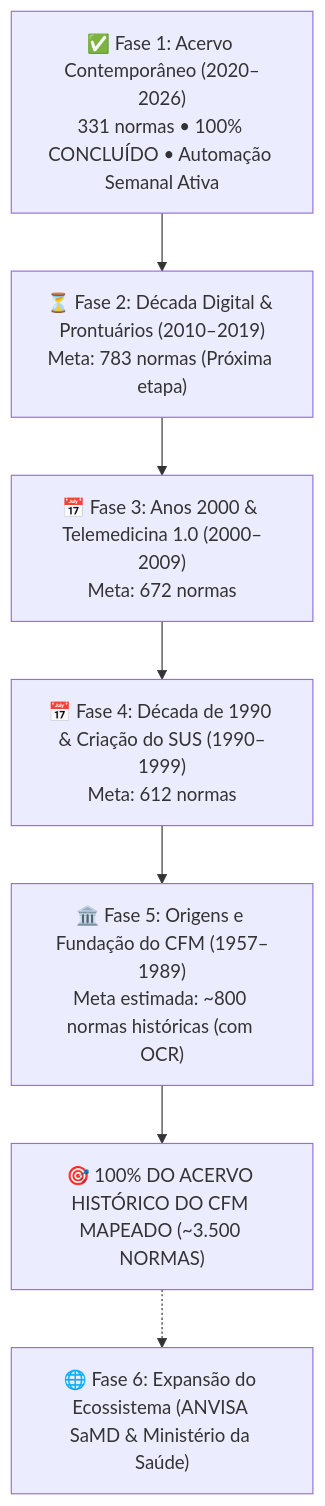
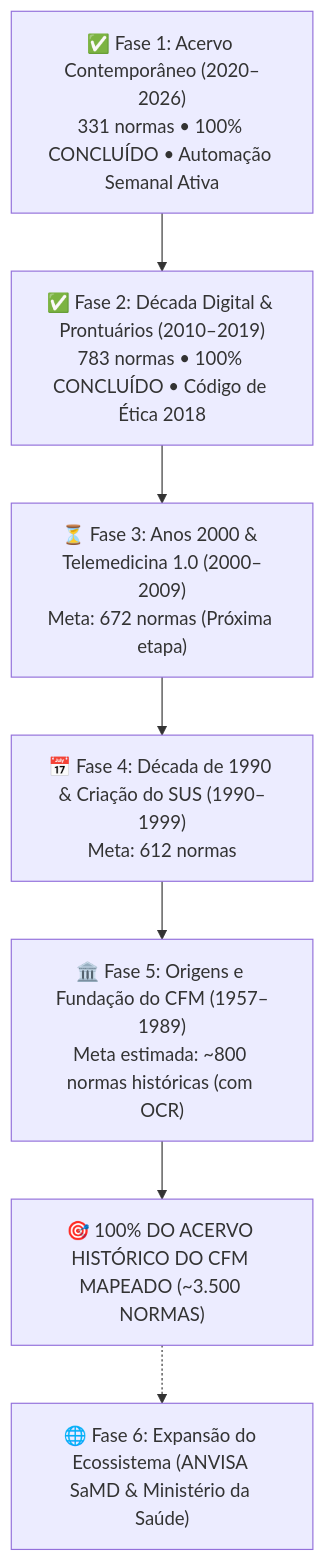
One commit to md-augustolinhares/cfm-normas changed the first of 2 diagrams in README.md. Above: the diagram before and after it, drawn with Mermaid. The commit also changed other lines of this file and 791 other files, not shown here.

Commit message:
feat(acervo): concluir Fase 2 do roadmap (2010-2019) totalizando 1.114 normas

````diff
--- a/README.md
+++ b/README.md
@@ -63,9 +63,9 @@
 ```mermaid
 flowchart TD
-    Fase1["✅ Fase 1: Acervo Contemporâneo (2020–2026)<br/>331 normas • 100% CONCLUÍDO • Automação Semanal Ativa"] --> Fase2["⏳ Fase 2: Década Digital & Prontuários (2010–2019)<br/>Meta: 783 normas (Próxima etapa)"]
-    Fase2 --> Fase3["📅 Fase 3: Anos 2000 & Telemedicina 1.0 (2000–2009)<br/>Meta: 672 normas"]
+    Fase1["✅ Fase 1: Acervo Contemporâneo (2020–2026)<br/>331 normas • 100% CONCLUÍDO • Automação Semanal Ativa"] --> Fase2["✅ Fase 2: Década Digital & Prontuários (2010–2019)<br/>783 normas • 100% CONCLUÍDO • Código de Ética 2018"]
+    Fase2 --> Fase3["⏳ Fase 3: Anos 2000 & Telemedicina 1.0 (2000–2009)<br/>Meta: 672 normas (Próxima etapa)"]
     Fase3 --> Fase4["📅 Fase 4: Década de 1990 & Criação do SUS (1990–1999)<br/>Meta: 612 normas"]
     Fase4 --> Fase5["🏛️ Fase 5: Origens e Fundação do CFM (1957–1989)<br/>Meta estimada: ~800 normas históricas (com OCR)"]
     Fase5 --> MetaFinal["🎯 100% DO ACERVO HISTÓRICO DO CFM MAPEADO (~3.500 NORMAS)"]
     MetaFinal -.-> Fase6["🌐 Fase 6: Expansão do Ecossistema (ANVISA SaMD & Ministério da Saúde)"]
 ```
````
